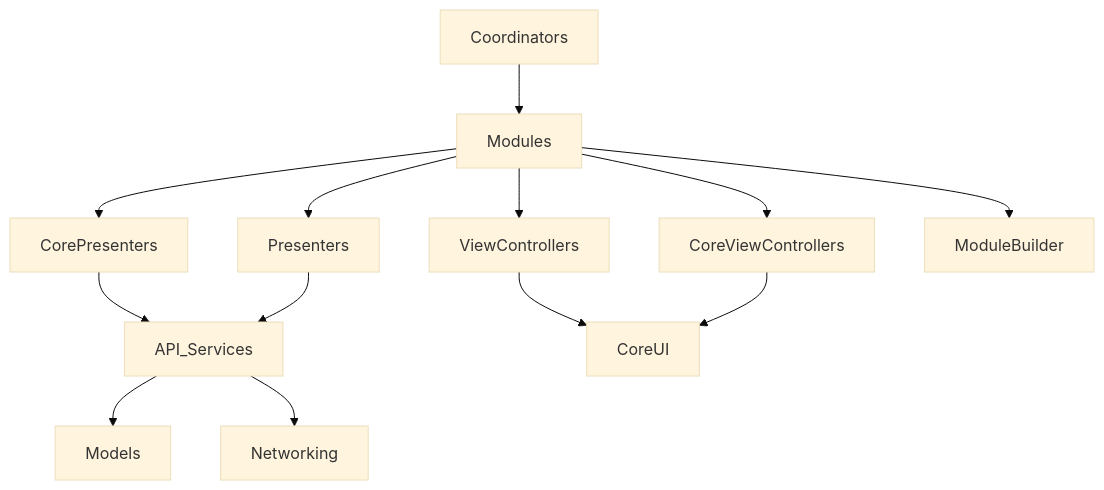
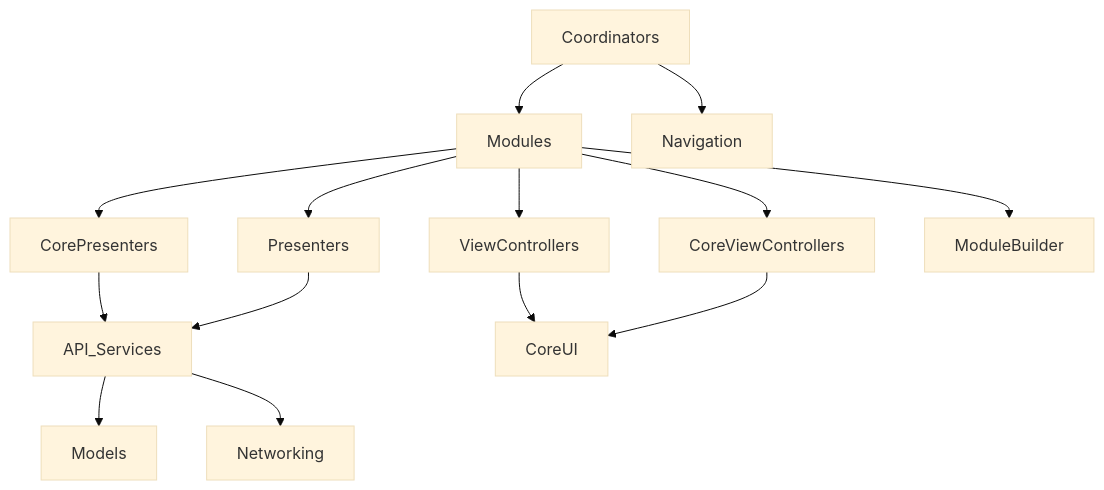
Before and after one commit to Jeytery/AppBuilding-iOS: the second of 2 diagrams in layers.md, drawn with Mermaid (base theme). The commit also changed other lines of this file, not shown here.

````diff
--- a/layers.md
+++ b/layers.md
@@ -18,18 +18,18 @@
 ```mermaid
 graph TD;
   Coordinators-->Modules;
+  Coordinators-->Navigation;
     Modules-->Presenters;
     Modules-->CorePresenters;
     Modules-->ViewControllers;
     Modules-->CoreViewControllers;
     Modules-->ModuleBuilder;
 
     CorePresenters-->API_Services;
     Presenters-->API_Services;
       API_Services-->Models;
       API_Services-->Networking;
      
-     ViewControllers-->CoreUI;
-     CoreViewControllers-->CoreUI;
-      
+    ViewControllers-->CoreUI;
+    CoreViewControllers-->CoreUI;
 ```
````
